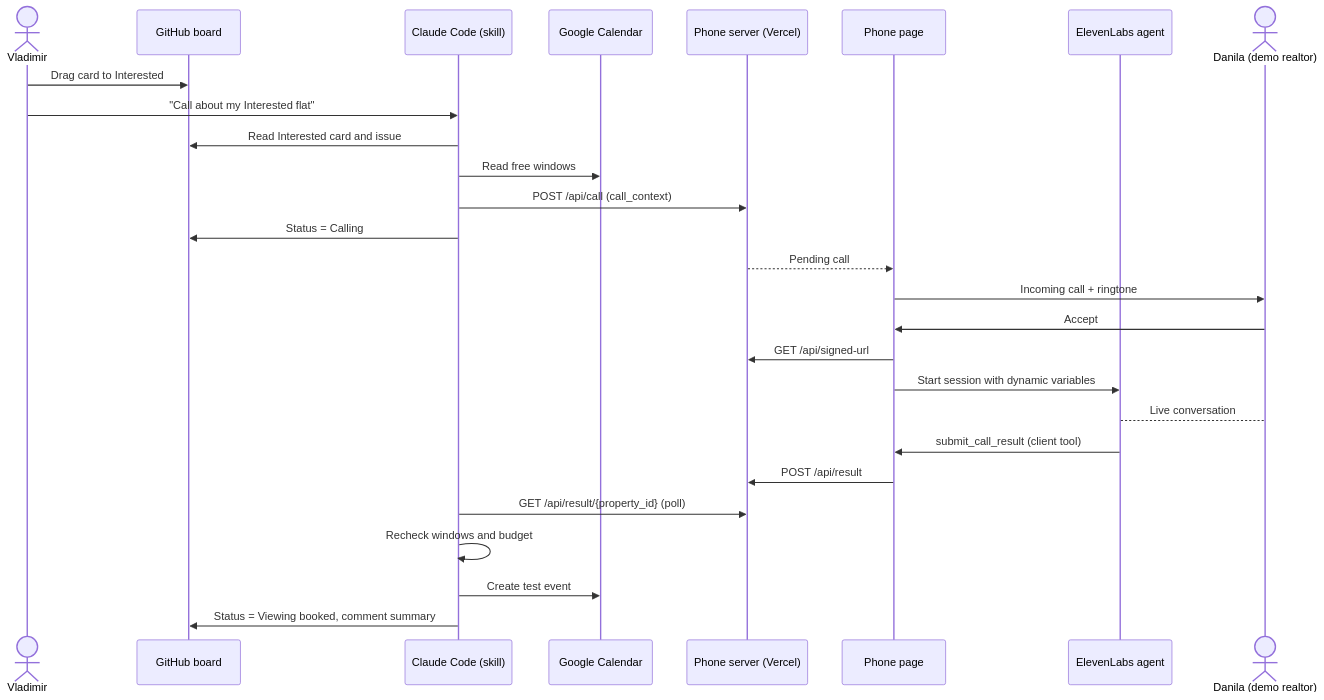
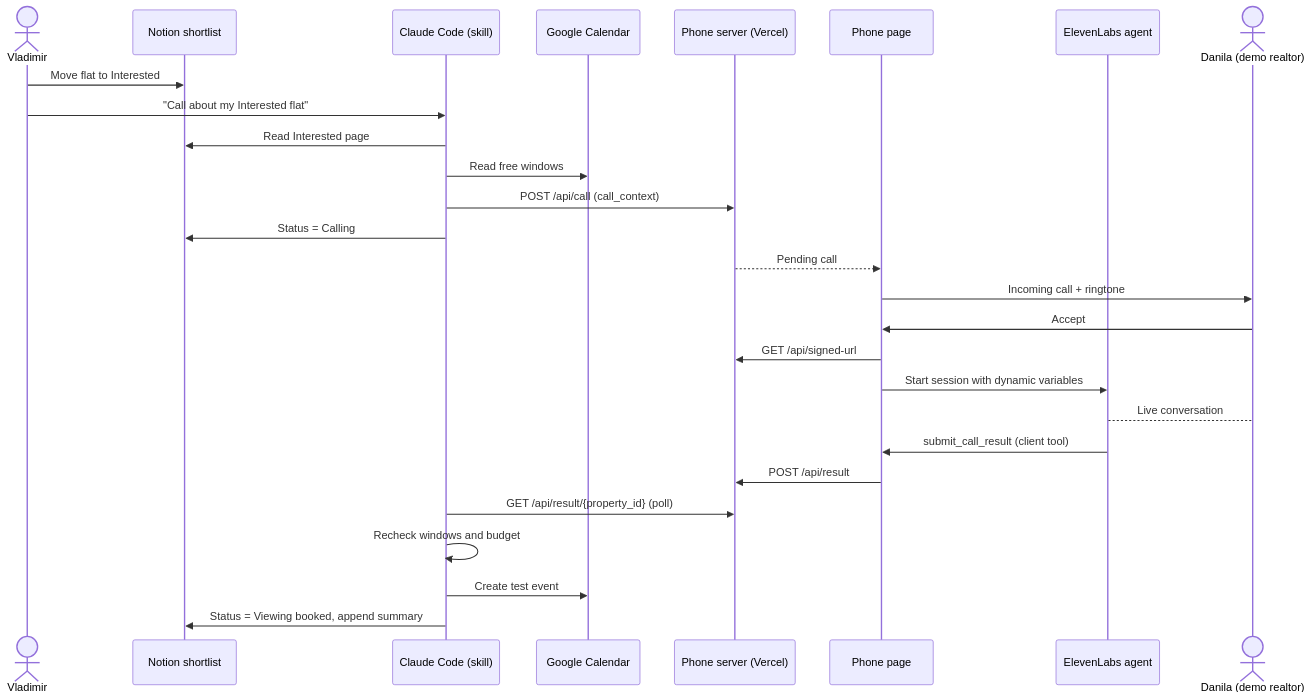
One commit to Skilux/domovoy changed the second of 2 diagrams in docs/prd/README.md. Above: the diagram before and after it, drawn with Mermaid. The commit also changed other lines of this file and 10 other files, not shown here.

First line of the commit message:
docs: actor PRD and switch shortlist from GitHub board to Notion (#4)

````diff
--- a/docs/prd/README.md
+++ b/docs/prd/README.md
@@ -48,29 +47,29 @@
 ```mermaid
 sequenceDiagram
   actor V as Vladimir
-  participant B as GitHub board
+  participant N as Notion shortlist
   participant C as Claude Code (skill)
   participant Cal as Google Calendar
   participant S as Phone server (Vercel)
   participant P as Phone page
   participant E as ElevenLabs agent
   actor D as Danila (demo realtor)
-  V->>B: Drag card to Interested
+  V->>N: Move flat to Interested
   V->>C: "Call about my Interested flat"
-  C->>B: Read Interested card and issue
+  C->>N: Read Interested page
   C->>Cal: Read free windows
   C->>S: POST /api/call (call_context)
-  C->>B: Status = Calling
+  C->>N: Status = Calling
   S-->>P: Pending call
   P->>D: Incoming call + ringtone
   D->>P: Accept
   P->>S: GET /api/signed-url
   P->>E: Start session with dynamic variables
   E-->D: Live conversation
   E->>P: submit_call_result (client tool)
   P->>S: POST /api/result
   C->>S: GET /api/result/{property_id} (poll)
   C->>C: Recheck windows and budget
   C->>Cal: Create test event
-  C->>B: Status = Viewing booked, comment summary
+  C->>N: Status = Viewing booked, append summary
 ```
````
